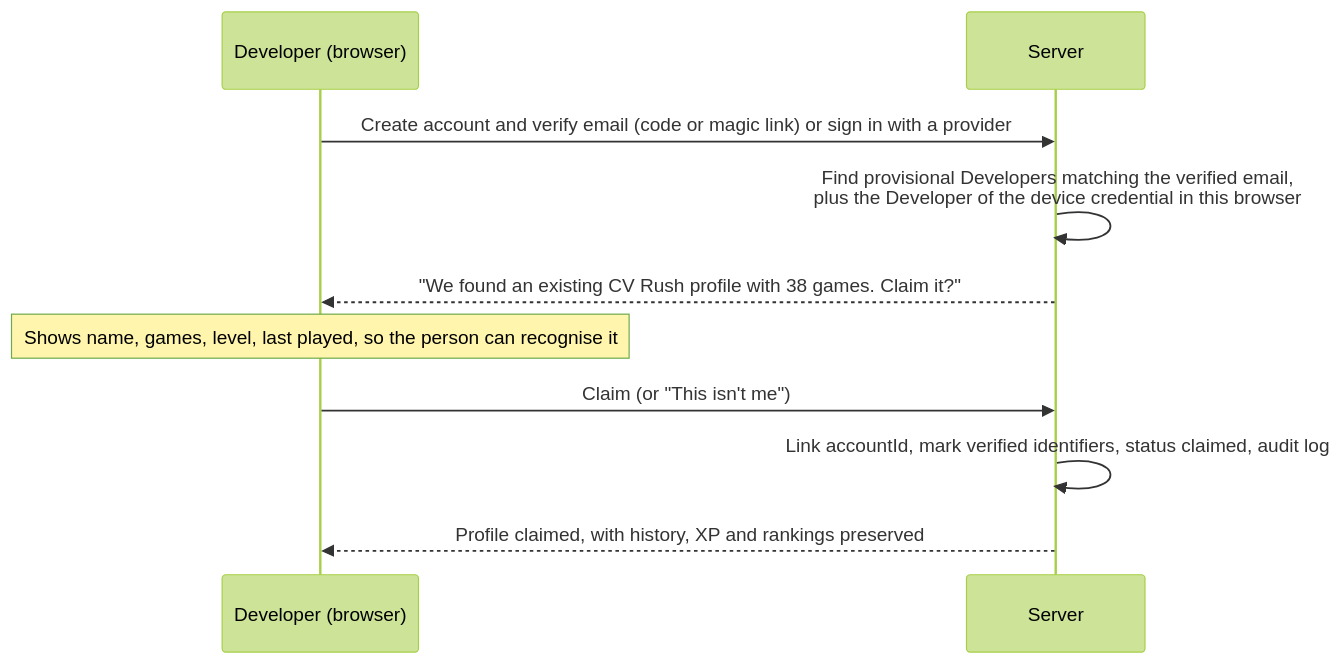
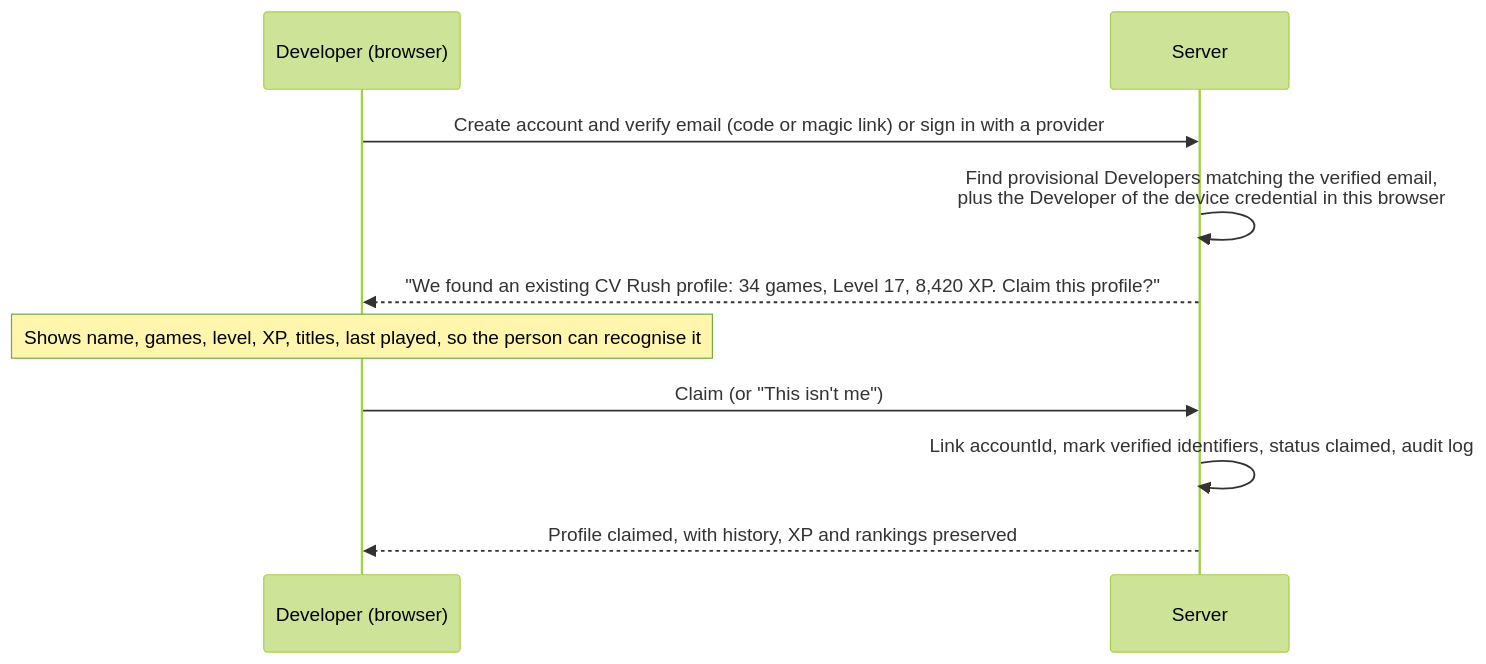
Before and after one commit to ricardoverita/cv-rush: the diagram in docs/product/identity-and-accounts.md, drawn with Mermaid (forest theme). The commit also changed other lines of this file and 34 other files, not shown here.

````diff
--- a/docs/product/identity-and-accounts.md
+++ b/docs/product/identity-and-accounts.md
@@ -66,12 +74,12 @@
 ```mermaid
 sequenceDiagram
   participant D as Developer (browser)
   participant S as Server
   D->>S: Create account and verify email (code or magic link) or sign in with a provider
   S->>S: Find provisional Developers matching the verified email,<br/>plus the Developer of the device credential in this browser
-  S-->>D: "We found an existing CV Rush profile with 38 games. Claim it?"
-  Note over D: Shows name, games, level, last played, so the person can recognise it
+  S-->>D: "We found an existing CV Rush profile: 34 games, Level 17, 8,420 XP. Claim this profile?"
+  Note over D: Shows name, games, level, XP, titles, last played, so the person can recognise it
   D->>S: Claim (or "This isn't me")
   S->>S: Link accountId, mark verified identifiers, status claimed, audit log
   S-->>D: Profile claimed, with history, XP and rankings preserved
 ```
````
